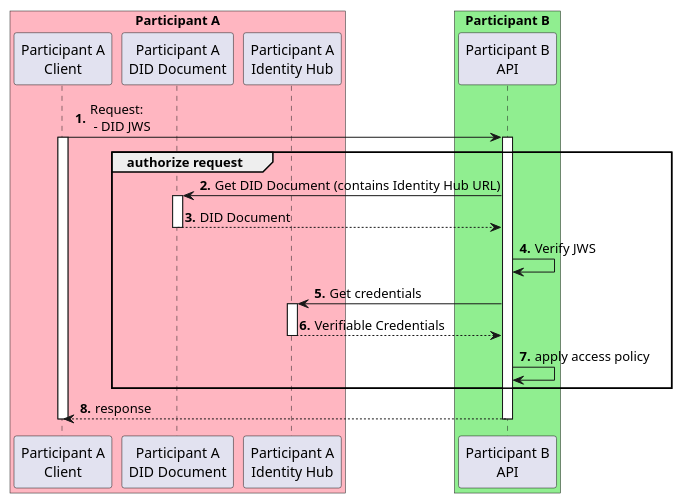
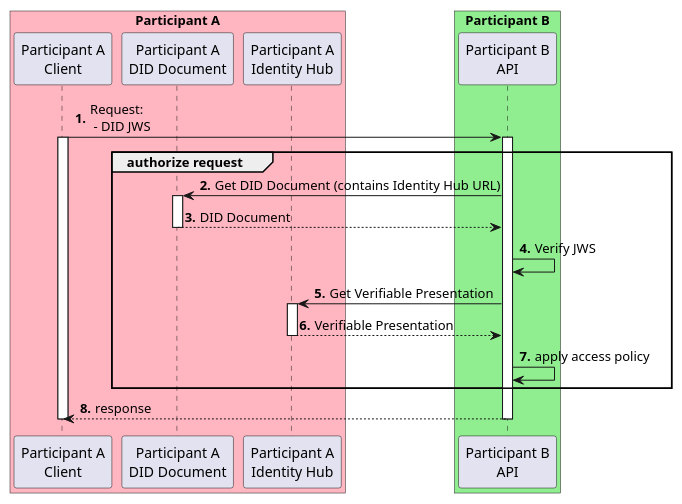
The diagram in docs/developer/decision-records/2022-06-08-identity-hub/authorization.puml (agera-edc/IdentityHubOld), drawn with PlantUML before and after one commit. The commit also changed 1 other file, not shown here.

Commit message:
Verifiable Presentation instead of Credentials

```diff
--- a/docs/developer/decision-records/2022-06-08-identity-hub/authorization.puml
+++ b/docs/developer/decision-records/2022-06-08-identity-hub/authorization.puml
@@ -1,25 +1,25 @@
 @startuml
 autonumber "<b>0'.'"
 box "Participant A" #LightPink
 Participant "Participant A\nClient" as ParticipantA
 Participant "Participant A\nDID Document" as DID
 Participant "Participant A\nIdentity Hub" as IDHUB
 end box
 box "Participant B" #LightGreen
 Participant "Participant B\nAPI" as B
 end box
 
 ParticipantA -> B ++: Request:\n - DID JWS
 activate ParticipantA
 group authorize request
   B -> DID ++: Get DID Document (contains Identity Hub URL)
   return DID Document
   B -> B: Verify JWS
-  B -> IDHUB ++: Get credentials
-  return Verifiable Credentials
+  B -> IDHUB ++: Get Verifiable Presentation
+  return Verifiable Presentation
   B -> B: apply access policy
 end
 return response
 deactivate ParticipantA
 
 @enduml
```
